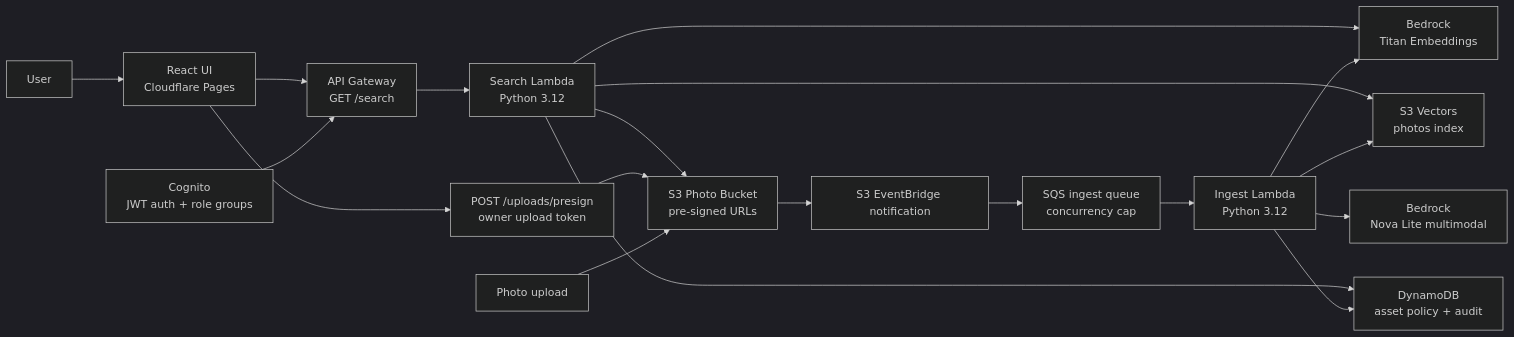
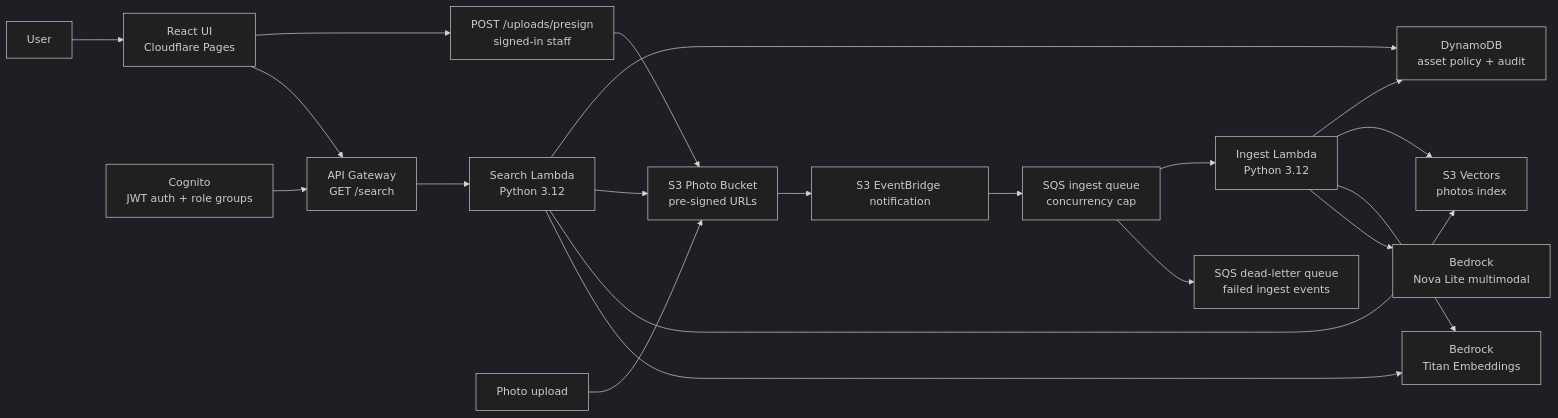
The diagram in README.md (manynames3/photoscribe-ai), drawn with Mermaid (dark theme) before and after one commit. The commit also changed other lines of this file and 38 other files, not shown here.

````diff
--- a/README.md
+++ b/README.md
@@ -91,22 +92,23 @@
 ```mermaid
 flowchart LR
     user["User"] --> ui["React UI<br/>Cloudflare Pages"]
     ui --> api["API Gateway<br/>GET /search"]
     api --> search["Search Lambda<br/>Python 3.12"]
     auth["Cognito<br/>JWT auth + role groups"] --> api
     search --> embed["Bedrock<br/>Titan Embeddings"]
     search --> vectors["S3 Vectors<br/>photos index"]
     search --> photos["S3 Photo Bucket<br/>pre-signed URLs"]
     search --> governance["DynamoDB<br/>asset policy + audit"]
-    ui --> upload["POST /uploads/presign<br/>owner upload token"]
+    ui --> upload["POST /uploads/presign<br/>signed-in staff"]
     upload --> photos
 
     uploader["Photo upload"] --> photos
     photos --> events["S3 EventBridge notification"]
     events --> queue["SQS ingest queue<br/>concurrency cap"]
+    queue --> dlq["SQS dead-letter queue<br/>failed ingest events"]
     queue --> ingest["Ingest Lambda<br/>Python 3.12"]
     ingest --> nova["Bedrock<br/>Nova Lite multimodal"]
     ingest --> embed
     ingest --> vectors
     ingest --> governance
 ```
````
